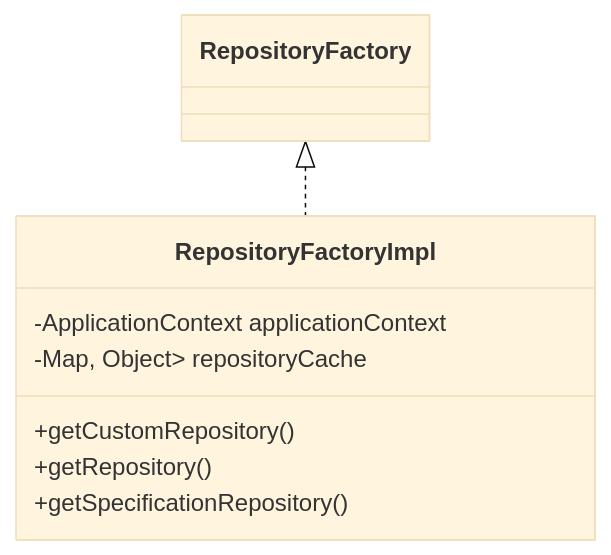
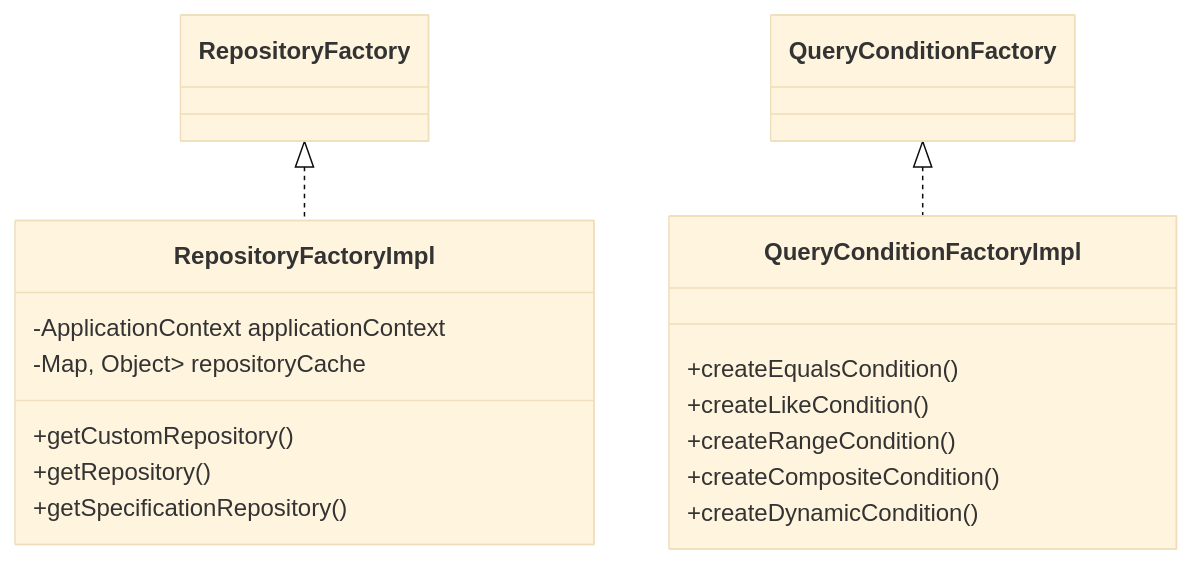
One commit to Vinskao/ty-multiverse-backend changed the fourth of 12 diagrams in README.md. Above: the diagram before and after it, drawn with Mermaid (base theme). The commit also changed other lines of this file and 1 other file, not shown here.

Commit message:
info: 設計圖更新

````diff
--- a/README.md
+++ b/README.md
@@ -30,11 +93,21 @@
 ```mermaid
 classDiagram
     class RepositoryFactoryImpl {
         -ApplicationContext applicationContext
         -Map<Class<?>, Object> repositoryCache
         +getCustomRepository()
         +getRepository()
         +getSpecificationRepository()
     }
+    
+    class QueryConditionFactoryImpl {
+        +createEqualsCondition()
+        +createLikeCondition()
+        +createRangeCondition()
+        +createCompositeCondition()
+        +createDynamicCondition()
+    }
+    
     RepositoryFactory <|.. RepositoryFactoryImpl
+    QueryConditionFactory <|.. QueryConditionFactoryImpl
 ```
````
